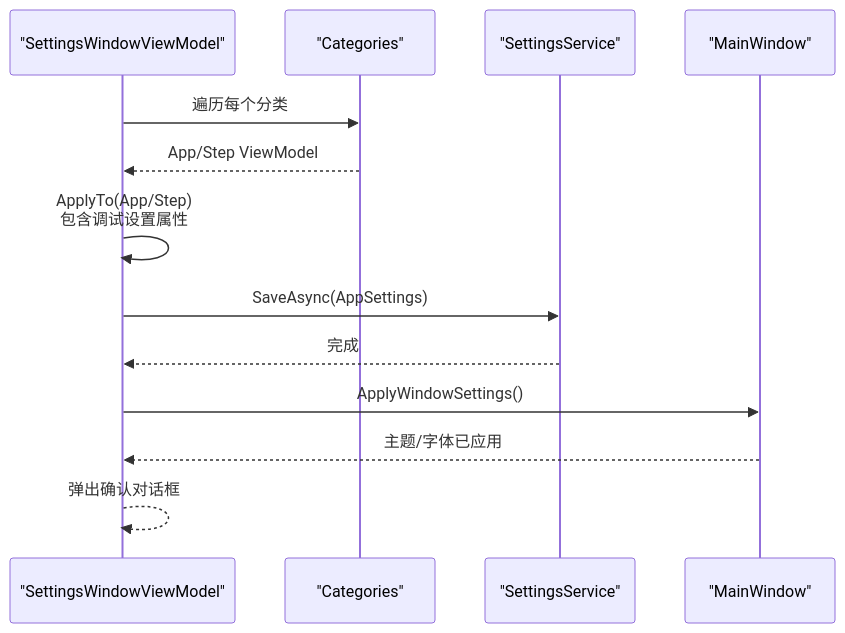
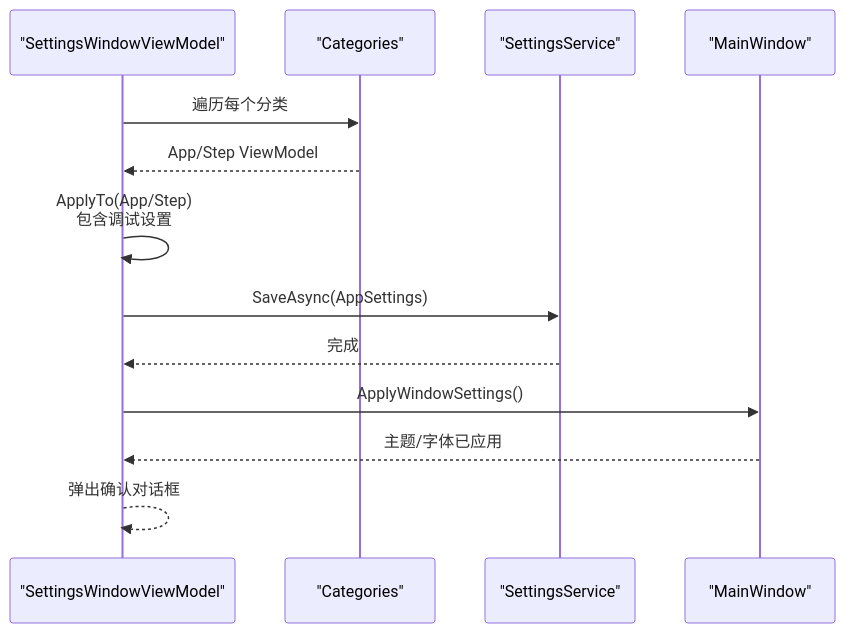
The seventh of 8 diagrams in .qoder/repowiki/zh/content/系统设置管理.md (yooxii/ShaoLuAuto), drawn with Mermaid before and after one commit. The commit also changed other lines of this file and 33 other files, not shown here.

````diff
--- a/.qoder/repowiki/zh/content/系统设置管理.md
+++ b/.qoder/repowiki/zh/content/系统设置管理.md
@@ -396,15 +393,15 @@
 ```mermaid
 sequenceDiagram
 participant VM as "SettingsWindowViewModel"
 participant Cat as "Categories"
 participant Svc as "SettingsService"
 participant UI as "MainWindow"
 VM->>Cat : 遍历每个分类
 Cat-->>VM : App/Step ViewModel
-VM->>VM : ApplyTo(App/Step)<br/>包含调试设置属性
+VM->>VM : ApplyTo(App/Step)<br/>包含调试设置
 VM->>Svc : SaveAsync(AppSettings)
 Svc-->>VM : 完成
 VM->>UI : ApplyWindowSettings()
 UI-->>VM : 主题/字体已应用
 VM-->>VM : 弹出确认对话框
 ```
````
